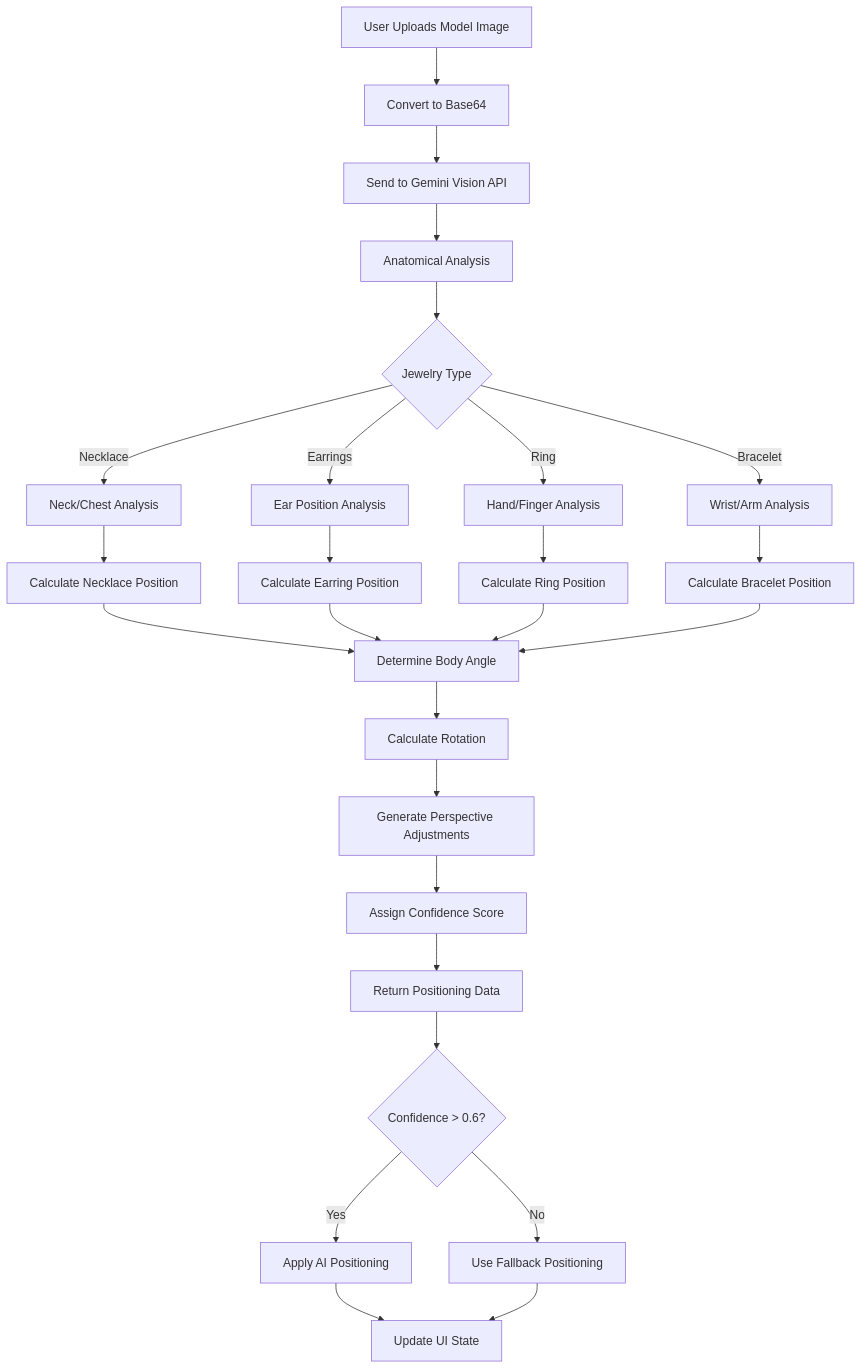
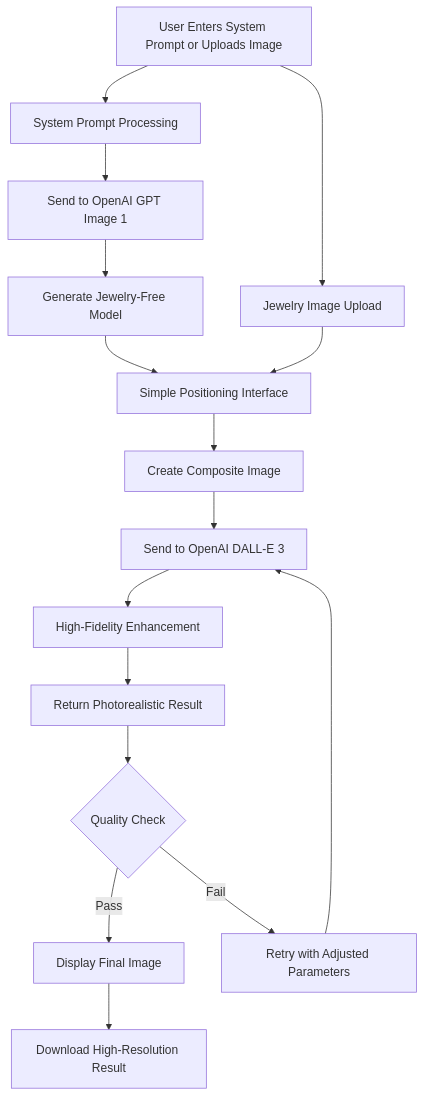
One commit to ShivaBhattacharjee/astra-assignment changed the second of 6 diagrams in DESIGN_DOCUMENT.md. Above: the diagram before and after it, drawn with Mermaid. The commit also changed other lines of this file, not shown here.

Commit message:
feat: Revise design document to reflect high-fidelity AI image generation and updated architecture

````diff
--- a/DESIGN_DOCUMENT.md
+++ b/DESIGN_DOCUMENT.md
@@ -97,34 +118,22 @@
 ```mermaid
 flowchart TD
-    A[User Uploads Model Image] --> B[Convert to Base64]
-    B --> C[Send to Gemini Vision API]
-    C --> D[Anatomical Analysis]
+    A[User Enters System Prompt or Uploads Image] --> B[System Prompt Processing]
+    B --> C1[Send to OpenAI GPT Image 1]
+    C1 --> D[Generate Jewelry-Free Model]
     
-    D --> E{Jewelry Type}
-    E -->|Necklace| F[Neck/Chest Analysis]
-    E -->|Earrings| G[Ear Position Analysis]
-    E -->|Ring| H[Hand/Finger Analysis]
-    E -->|Bracelet| I[Wrist/Arm Analysis]
+    A --> E[Jewelry Image Upload]
+    D --> F[Simple Positioning Interface]
+    E --> F
     
-    F --> J[Calculate Necklace Position]
-    G --> K[Calculate Earring Position]
-    H --> L[Calculate Ring Position]
-    I --> M[Calculate Bracelet Position]
+    F --> G[Create Composite Image]
+    G --> H[Send to OpenAI DALL-E 3]
+    H --> I[High-Fidelity Enhancement]
+    I --> J[Return Photorealistic Result]
     
-    J --> N[Determine Body Angle]
-    K --> N
-    L --> N
-    M --> N
+    J --> K{Quality Check}
+    K -->|Pass| L[Display Final Image]
+    K -->|Fail| M[Retry with Adjusted Parameters]
+    M --> H
     
-    N --> O[Calculate Rotation]
-    O --> P[Generate Perspective Adjustments]
-    P --> Q[Assign Confidence Score]
-    Q --> R[Return Positioning Data]
-    
-    R --> S{Confidence > 0.6?}
-    S -->|Yes| T[Apply AI Positioning]
-    S -->|No| U[Use Fallback Positioning]
-    
-    T --> V[Update UI State]
-    U --> V
+    L --> N[Download High-Resolution Result]
 ```
````
